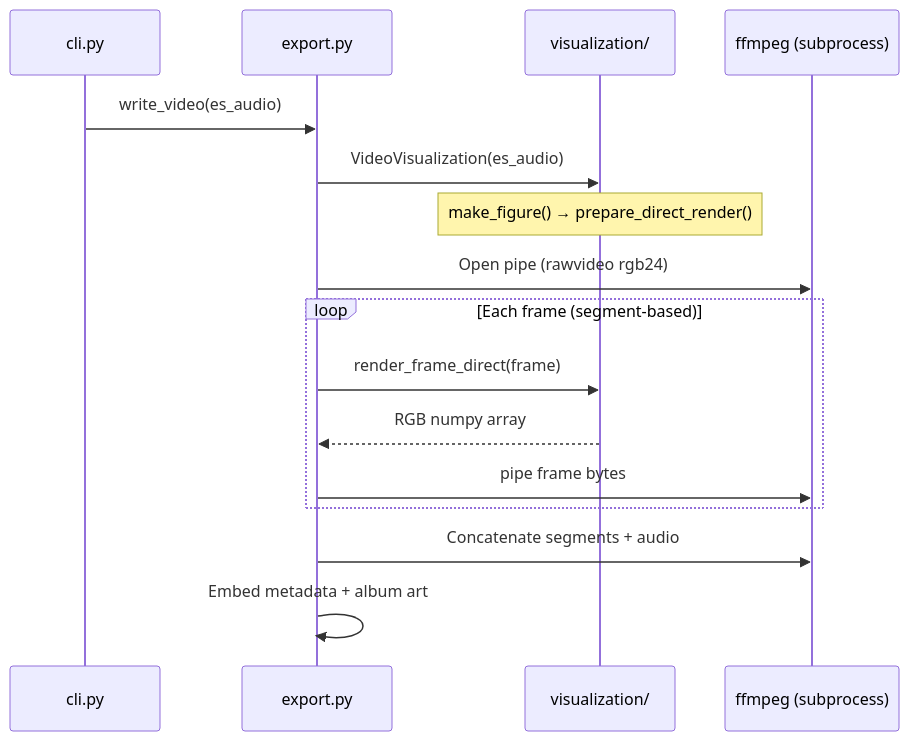
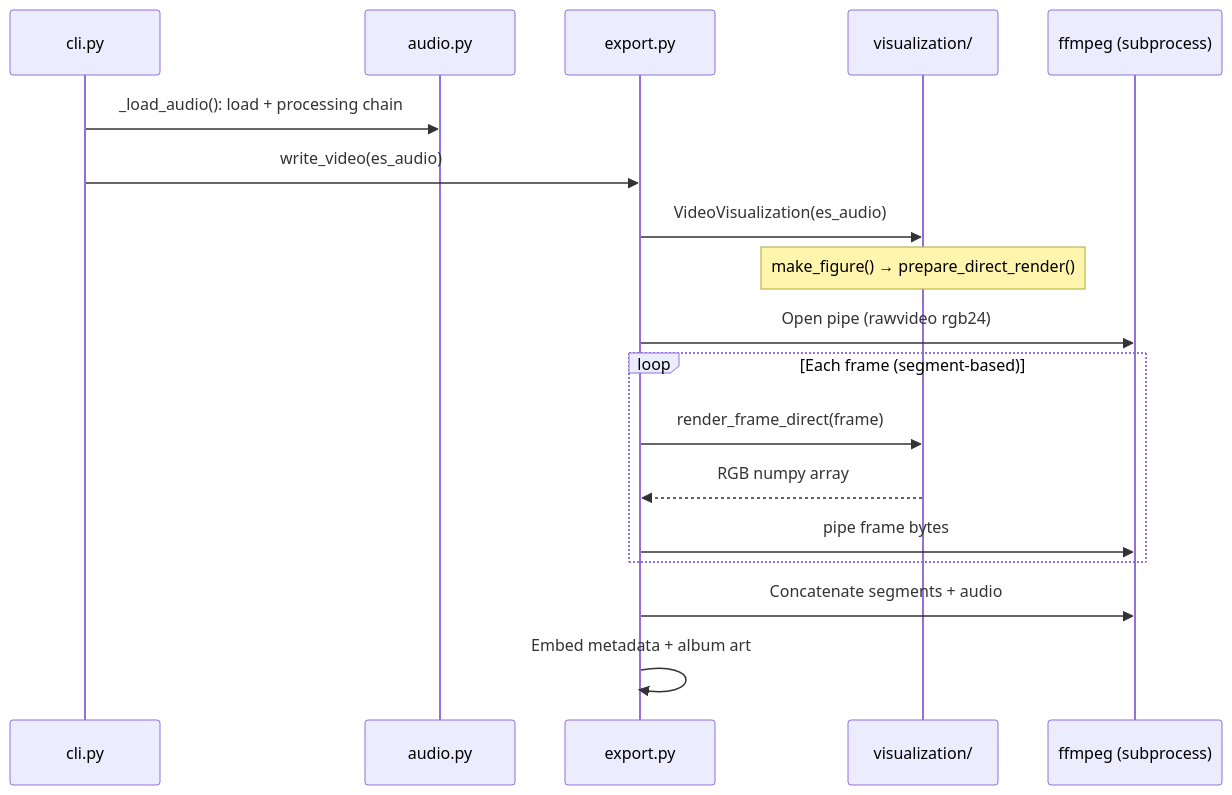
Before and after one commit to PsynApps/estimpy: the second of 4 diagrams in docs/ARCHITECTURE.md, drawn with Mermaid. The commit also changed other lines of this file and 4 other files, not shown here.

````diff
--- a/docs/ARCHITECTURE.md
+++ b/docs/ARCHITECTURE.md
@@ -145,21 +182,23 @@
 ```mermaid
 sequenceDiagram
     participant CLI as cli.py
+    participant Audio as audio.py
     participant Export as export.py
     participant Viz as visualization/
     participant FFmpeg as ffmpeg (subprocess)
 
+    CLI->>Audio: _load_audio(): load + processing chain
     CLI->>Export: write_video(es_audio)
     Export->>Viz: VideoVisualization(es_audio)
     Note over Viz: make_figure() → prepare_direct_render()
     Export->>FFmpeg: Open pipe (rawvideo rgb24)
 
     loop Each frame (segment-based)
         Export->>Viz: render_frame_direct(frame)
         Viz-->>Export: RGB numpy array
         Export->>FFmpeg: pipe frame bytes
     end
 
     Export->>FFmpeg: Concatenate segments + audio
     Export->>Export: Embed metadata + album art
 ```
````
